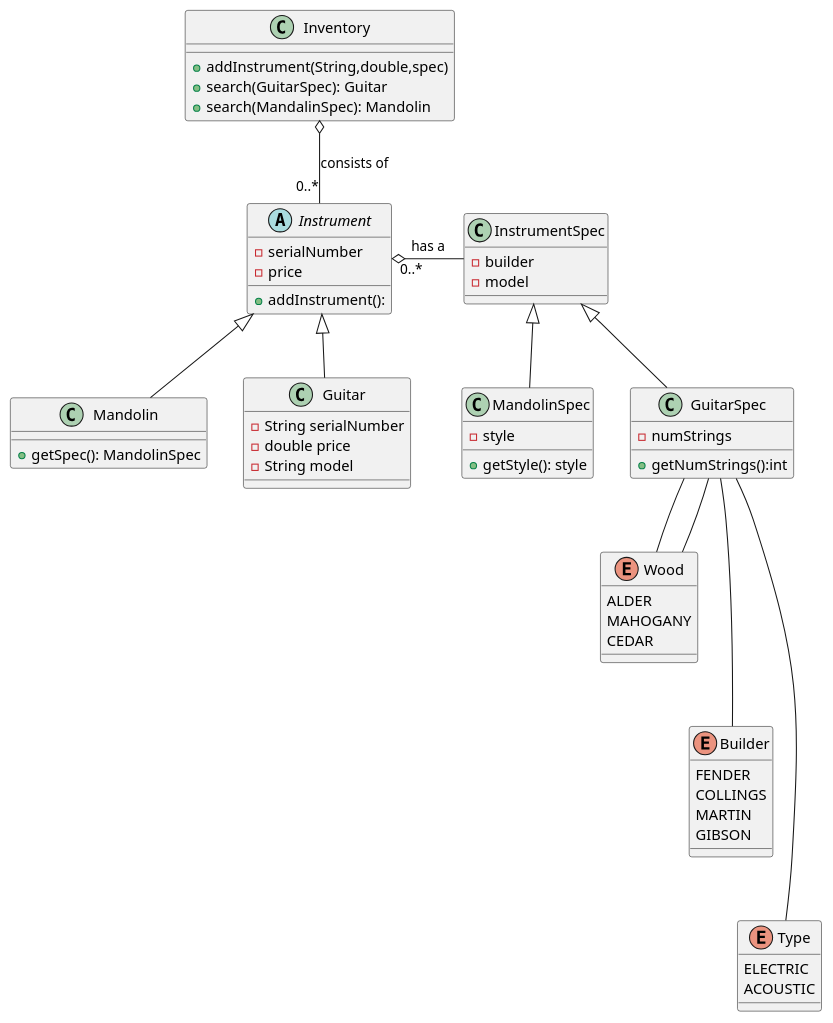
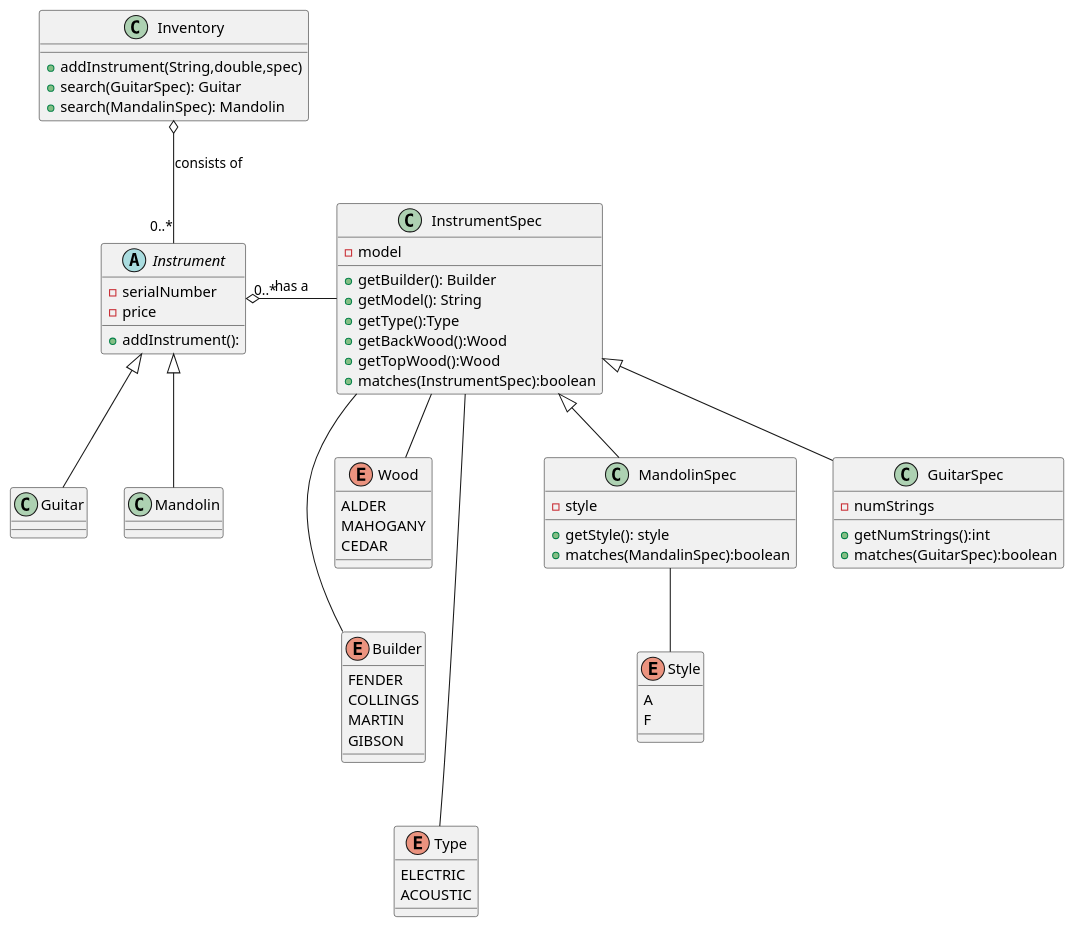
Before and after one commit to RichardKiely/OOPAD--Updated: the diagram in Week3/GuitarUML.puml, drawn with PlantUML. The commit also changed 5 other files, not shown here.

```diff
--- a/Week3/GuitarUML.puml
+++ b/Week3/GuitarUML.puml
@@ -1,74 +1,87 @@
 @startuml
 'https://plantuml.com/class-diagram
 
 
 abstract class Instrument{
 -serialNumber
 -price
 
 +addInstrument():
 }
 
 class Mandolin extends Instrument{
-+getSpec(): MandolinSpec
+
 }
 
 class InstrumentSpec {
--builder
 -model
++getBuilder(): Builder
++getModel(): String
++getType():Type
++getBackWood():Wood
++getTopWood():Wood
++matches(InstrumentSpec):boolean
+
+
 }
 
 class Guitar extends Instrument{
--String serialNumber
--double price
--String model
+
 }
 
 class MandolinSpec extends InstrumentSpec{
 -style
 
 +getStyle(): style
++matches(MandalinSpec):boolean
 }
 
 
 class GuitarSpec extends InstrumentSpec{
 -numStrings
 +getNumStrings():int
++matches(GuitarSpec):boolean
 }
 class Inventory{
 +addInstrument(String,double,spec)
 +search(GuitarSpec): Guitar
 +search(MandalinSpec): Mandolin
 
 }
 
 
 enum Wood {
 ALDER
 MAHOGANY
 CEDAR
 }
 enum Type {
 ELECTRIC
 ACOUSTIC
 }
 enum Builder {
 FENDER
 COLLINGS
 MARTIN
 GIBSON
 }
-GuitarSpec -- Builder
-GuitarSpec -- Type
-GuitarSpec -- Wood
+enum Style {
+A
+F
+}
 
+
+InstrumentSpec -- Builder
+InstrumentSpec -- Type
+InstrumentSpec -- Wood
+MandolinSpec -- Style
 Inventory o-- "0..*" Instrument : consists of
 
 Wood --[Hidden] Builder
 Builder --[Hidden] Type
-GuitarSpec --  Wood
+
 
 Instrument "0..*" o- InstrumentSpec :has a
 
 
 @enduml
```
